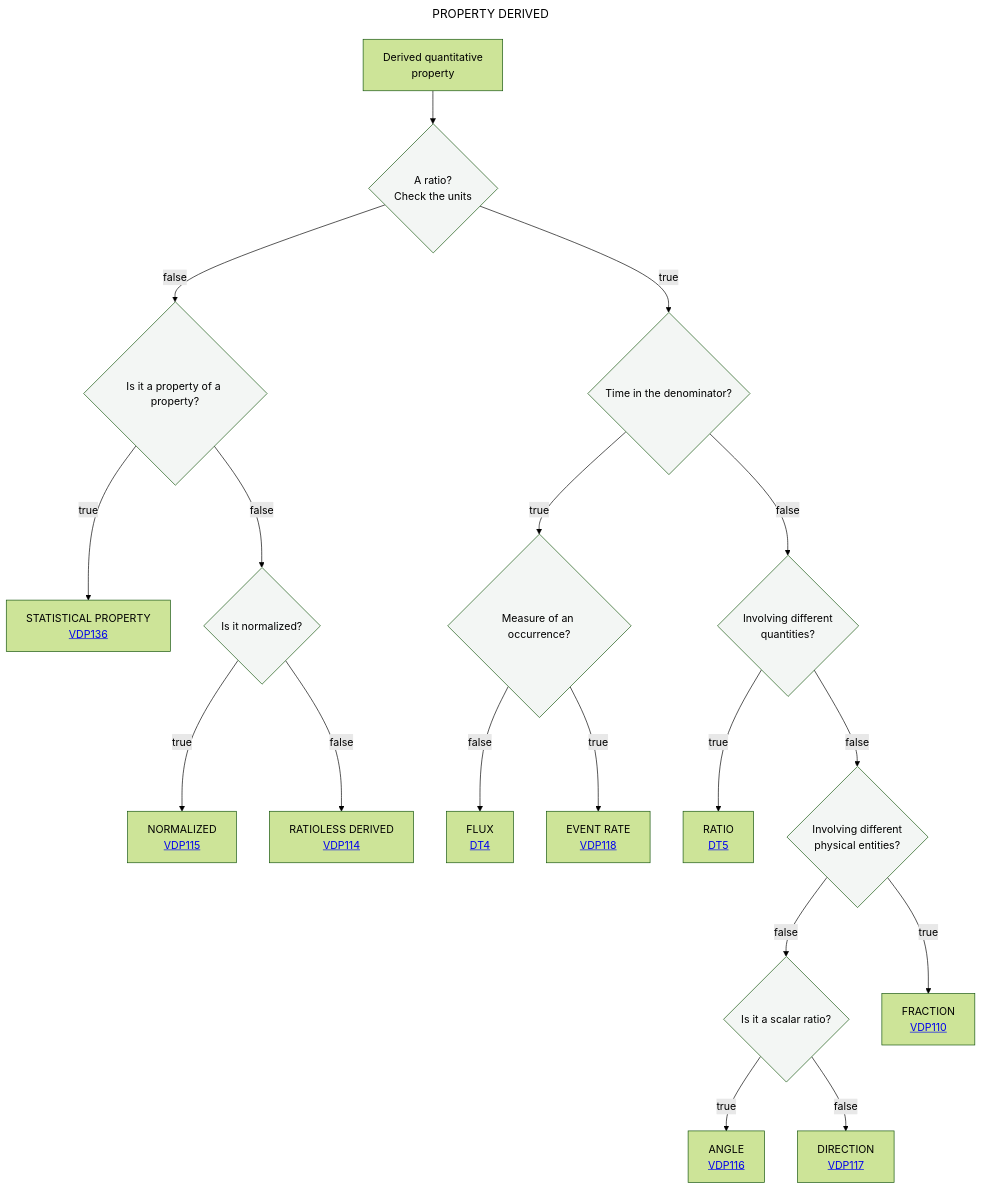
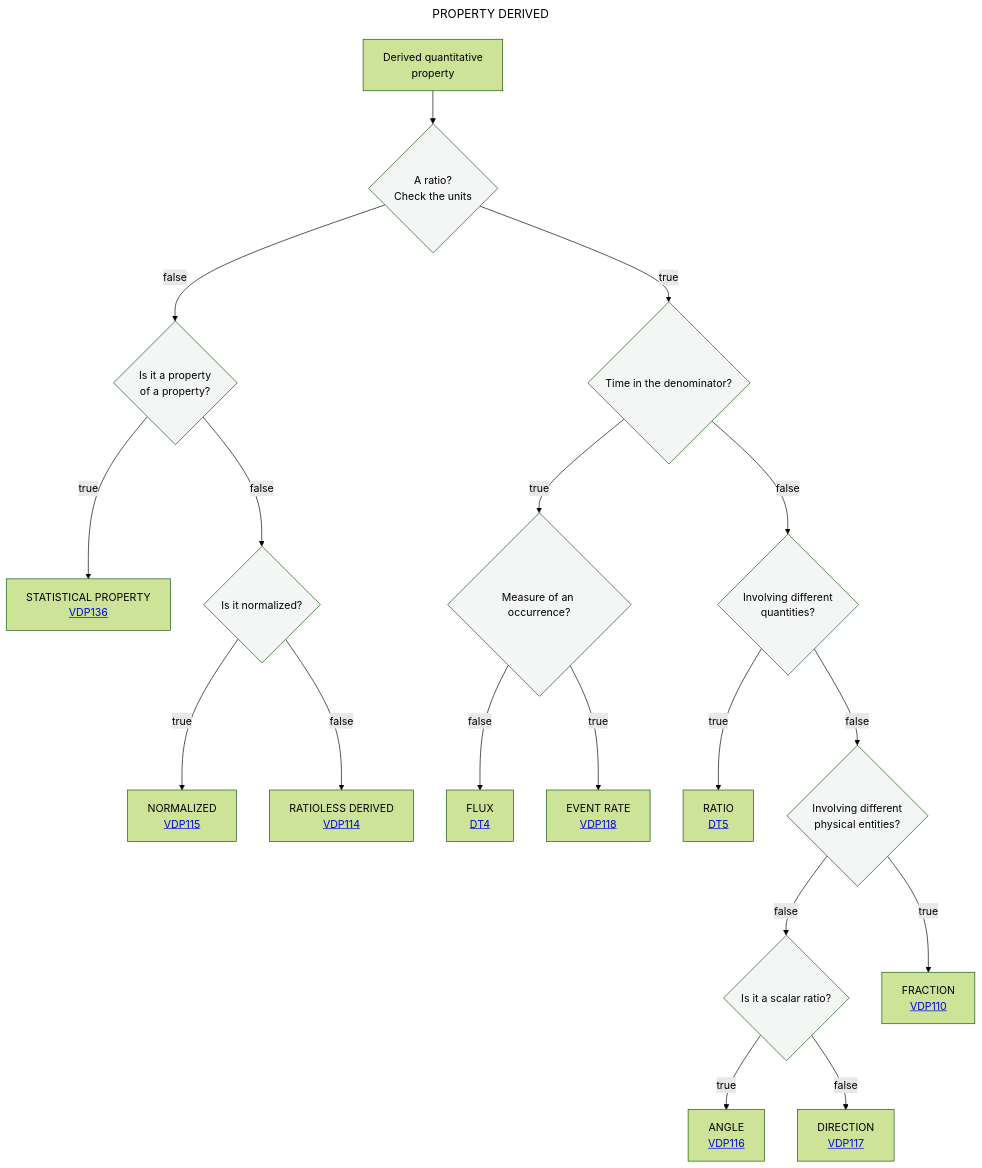
One commit to mabablue/I-ADOPT-patterns-playground changed the diagram in Decisition_trees/DT3.mmd. Above: the diagram before and after it, drawn with Mermaid (forest theme).

```diff
--- a/Decisition_trees/DT3.mmd
+++ b/Decisition_trees/DT3.mmd
@@ -1,25 +1,25 @@
 ---
 title: PROPERTY DERIVED
 ---
 flowchart TD
     A[Derived quantitative <br> property] --> B{A ratio?<br>Check the units}:::white
     B --> |true|N{Time in the denominator?}:::white
-    B --> |false|C{Is it a property of a property?}:::white
+    B --> |false|C{Is it a property <br> of a property?}:::white
     C --> |true|D[STATISTICAL PROPERTY <br> <a href='https://github.com/mabablue/I-ADOPT-patterns-playground/blob/main/pattern/VDP115.yaml'>VDP136</a>]
     C --> |false|I{Is it normalized?}:::white
     I --> |true|T[NORMALIZED <br> <a href='https://github.com/mabablue/I-ADOPT-patterns-playground/blob/main/pattern/VDP115.yaml'>VDP115</a>]
     I --> |false|U[RATIOLESS DERIVED <br> <a href='https://github.com/mabablue/I-ADOPT-patterns-playground/blob/main/pattern/VDP114.yaml'>VDP114</a>]
     N --> |true|E{Measure of an occurrence?}:::white
     E --> |false|K[FLUX <br> <a href='https://github.com/mabablue/I-ADOPT-patterns-playground/blob/main/Decisition_trees/DT4.mmd'> DT4</a>]
     E --> |true|J[EVENT RATE <br> <a href='https://github.com/mabablue/I-ADOPT-patterns-playground/blob/main/pattern/VDP118.yaml'>VDP118</a>]
     N --> |false|O{Involving different <br> quantities?}:::white
     O --> |true|P[RATIO <br> <a href='https://github.com/mabablue/I-ADOPT-patterns-playground/blob/main/Decisition_trees/DT5.mmd'> DT5</a>]
     O --> |false|Q{Involving different <br> physical entities?}:::white
     Q --> |false|R{Is it a scalar ratio?}:::white
     R --> |true|L[ANGLE <br> <a href='https://github.com/mabablue/I-ADOPT-patterns-playground/blob/main/pattern/VDP116.yaml'>VDP116</a>]
     R --> |false|M[DIRECTION <br> <a href='https://github.com/mabablue/I-ADOPT-patterns-playground/blob/main/pattern/VDP117.yaml'>VDP117</a>]
     Q --> |true|S[FRACTION <br> <a href='https://github.com/mabablue/I-ADOPT-patterns-playground/blob/main/pattern/VDP110.yaml'>VDP110</a>]
    classDef blue fill:#90D5FF
    classDef satblue fill:#57B9FF 
    classDef white fill:#f3f6f4
    classDef green fill:#6aa84f
```
